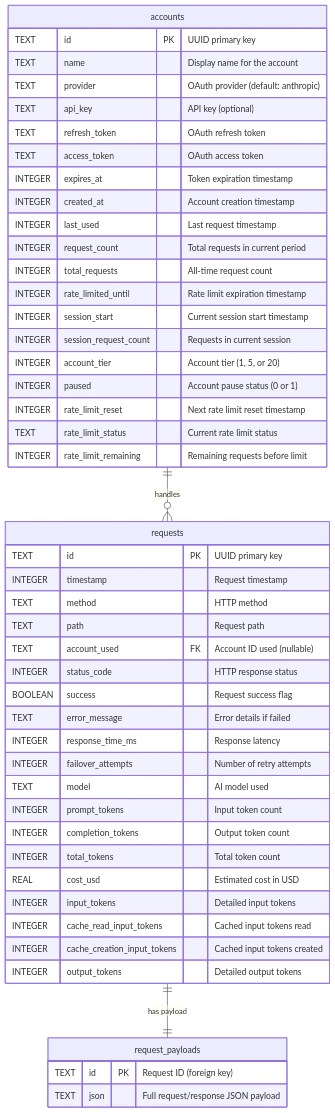
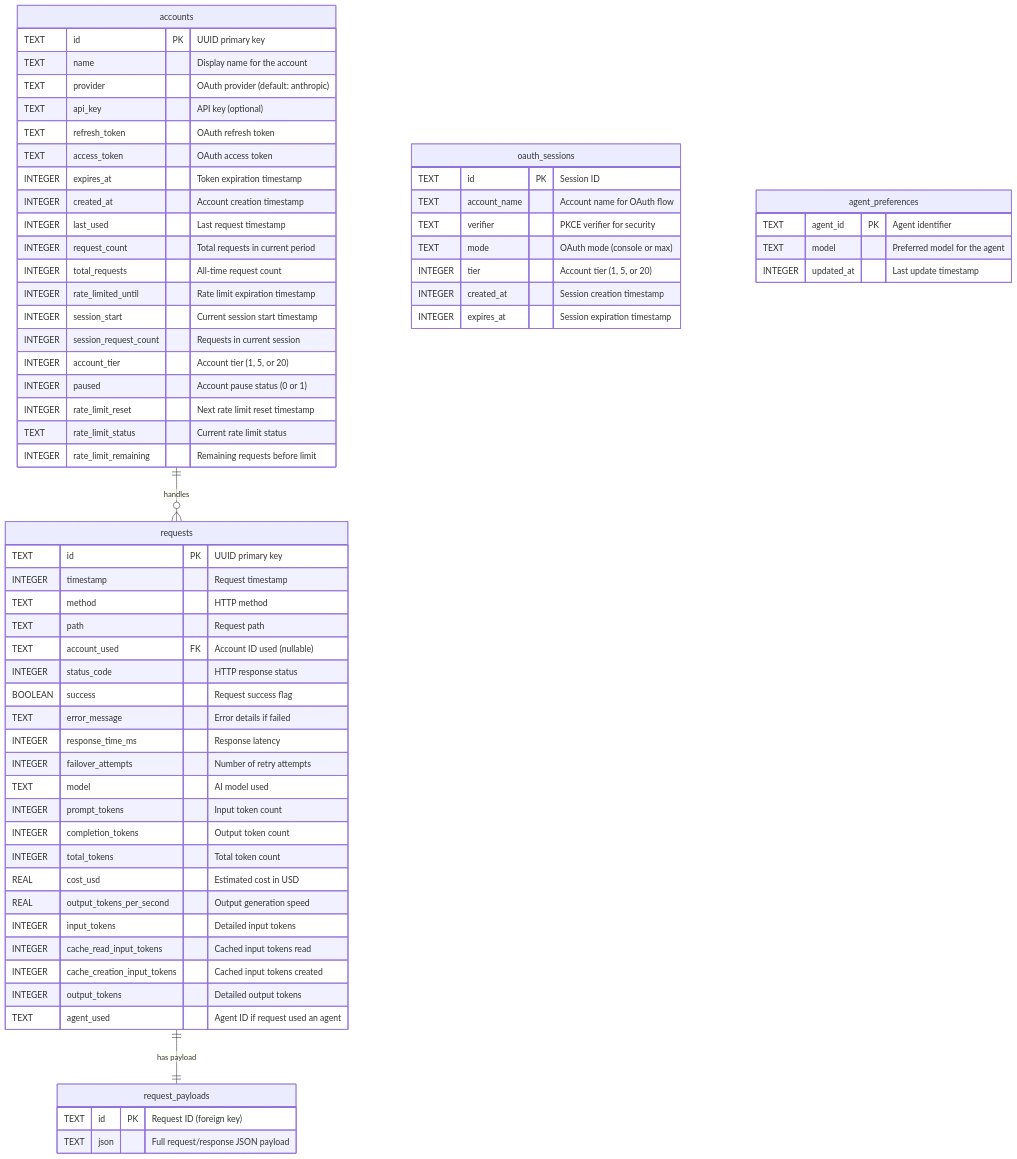
One commit to tombii/better-ccflare changed the diagram in docs/database.md. Above: the diagram before and after it, drawn with Mermaid. The commit also changed other lines of this file and 14 other files, not shown here.

First line of the commit message:
docs(docs): overhaul architecture and CLI documentation

````diff
--- a/docs/database.md
+++ b/docs/database.md
@@ -20,54 +20,72 @@
 ```mermaid
 erDiagram
     accounts {
         TEXT id PK "UUID primary key"
         TEXT name "Display name for the account"
         TEXT provider "OAuth provider (default: anthropic)"
         TEXT api_key "API key (optional)"
         TEXT refresh_token "OAuth refresh token"
         TEXT access_token "OAuth access token"
         INTEGER expires_at "Token expiration timestamp"
         INTEGER created_at "Account creation timestamp"
         INTEGER last_used "Last request timestamp"
         INTEGER request_count "Total requests in current period"
         INTEGER total_requests "All-time request count"
         INTEGER rate_limited_until "Rate limit expiration timestamp"
         INTEGER session_start "Current session start timestamp"
         INTEGER session_request_count "Requests in current session"
         INTEGER account_tier "Account tier (1, 5, or 20)"
         INTEGER paused "Account pause status (0 or 1)"
         INTEGER rate_limit_reset "Next rate limit reset timestamp"
         TEXT rate_limit_status "Current rate limit status"
         INTEGER rate_limit_remaining "Remaining requests before limit"
     }
     
     requests {
         TEXT id PK "UUID primary key"
         INTEGER timestamp "Request timestamp"
         TEXT method "HTTP method"
         TEXT path "Request path"
         TEXT account_used FK "Account ID used (nullable)"
         INTEGER status_code "HTTP response status"
         BOOLEAN success "Request success flag"
         TEXT error_message "Error details if failed"
         INTEGER response_time_ms "Response latency"
         INTEGER failover_attempts "Number of retry attempts"
         TEXT model "AI model used"
         INTEGER prompt_tokens "Input token count"
         INTEGER completion_tokens "Output token count"
         INTEGER total_tokens "Total token count"
         REAL cost_usd "Estimated cost in USD"
+        REAL output_tokens_per_second "Output generation speed"
         INTEGER input_tokens "Detailed input tokens"
         INTEGER cache_read_input_tokens "Cached input tokens read"
         INTEGER cache_creation_input_tokens "Cached input tokens created"
         INTEGER output_tokens "Detailed output tokens"
+        TEXT agent_used "Agent ID if request used an agent"
     }
     
     request_payloads {
         TEXT id PK "Request ID (foreign key)"
         TEXT json "Full request/response JSON payload"
     }
     
+    oauth_sessions {
+        TEXT id PK "Session ID"
+        TEXT account_name "Account name for OAuth flow"
+        TEXT verifier "PKCE verifier for security"
+        TEXT mode "OAuth mode (console or max)"
+        INTEGER tier "Account tier (1, 5, or 20)"
+        INTEGER created_at "Session creation timestamp"
+        INTEGER expires_at "Session expiration timestamp"
+    }
+    
+    agent_preferences {
+        TEXT agent_id PK "Agent identifier"
+        TEXT model "Preferred model for the agent"
+        INTEGER updated_at "Last update timestamp"
+    }
+    
     accounts ||--o{ requests : "handles"
     requests ||--|| request_payloads : "has payload"
 ```
````
